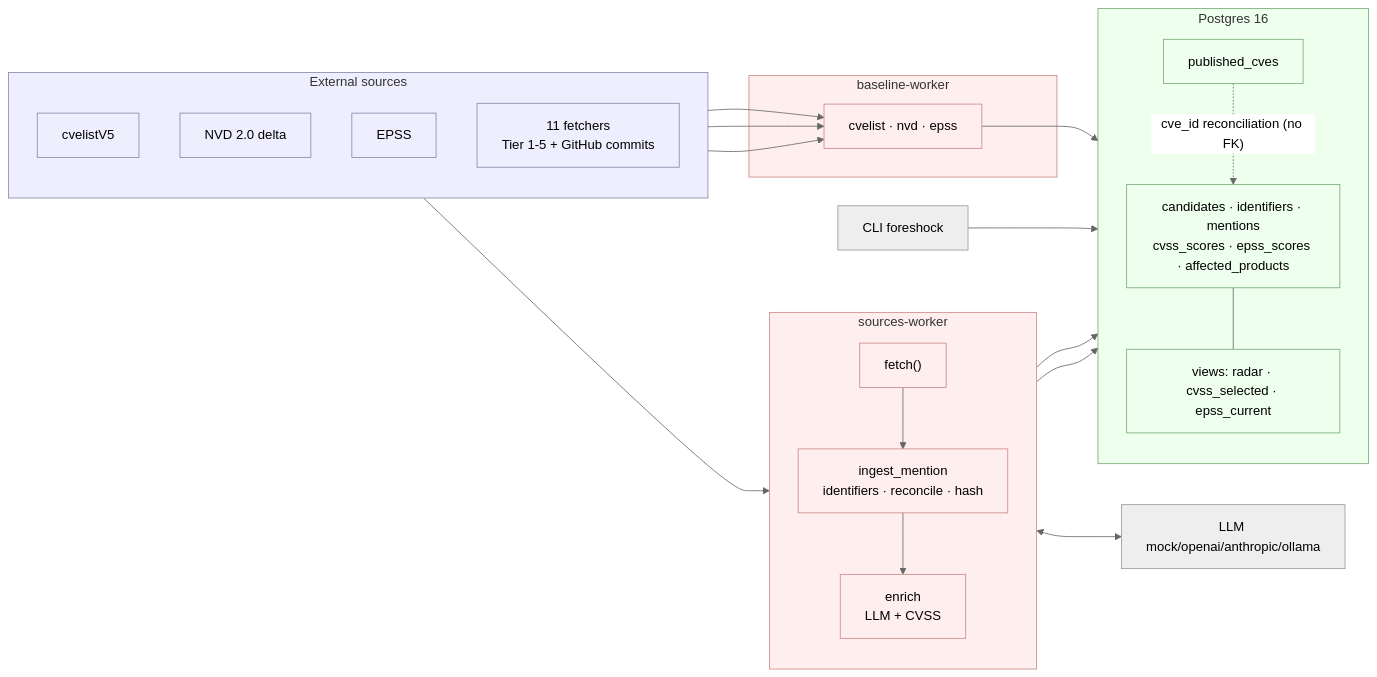
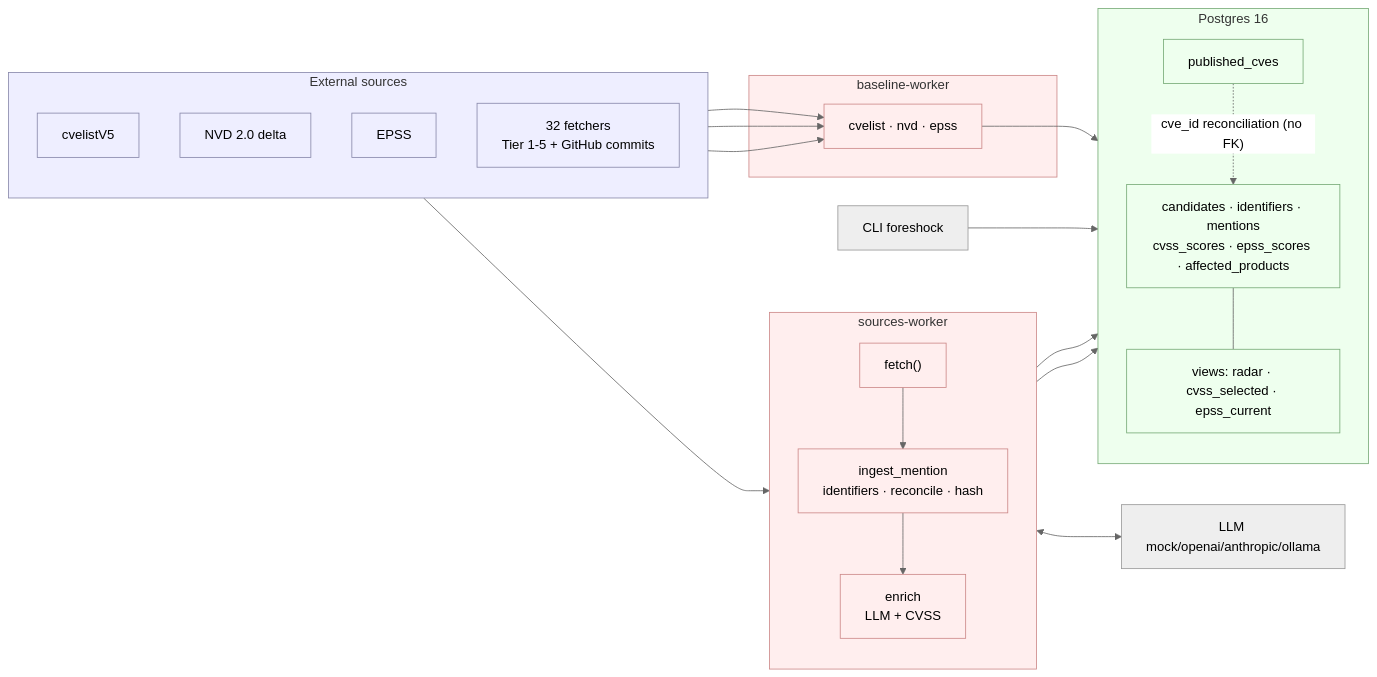
One commit to aramosf/foreshock changed the diagram in README.md. Above: the diagram before and after it, drawn with Mermaid (neutral theme). The commit also changed other lines of this file and 17 other files, not shown here.

First line of the commit message:
docs: revisión completa doc-vs-código + diagrama conceptual de proceso

````diff
--- a/README.md
+++ b/README.md
@@ -52,43 +52,43 @@
 ```mermaid
 flowchart LR
     subgraph EXT["External sources"]
         direction TB
         CVELIST["cvelistV5"]
         NVD["NVD 2.0 delta"]
         EPSSAPI["EPSS"]
-        SRC["11 fetchers<br/>Tier 1-5 + GitHub commits"]
+        SRC["32 fetchers<br/>Tier 1-5 + GitHub commits"]
     end
     subgraph BW["baseline-worker"]
         JOBS["cvelist · nvd · epss"]
     end
     subgraph SW["sources-worker"]
         direction TB
         FETCH["fetch()"] --> INGEST["ingest_mention<br/>identifiers · reconcile · hash"] --> ENRICH["enrich<br/>LLM + CVSS"]
     end
     LLM["LLM mock/openai/anthropic/ollama"]
     subgraph PG["Postgres 16"]
         direction TB
         PUB["published_cves"]
         DATA["candidates · identifiers · mentions<br/>cvss_scores · epss_scores · affected_products"]
         VIEW["views: radar · cvss_selected · epss_current"]
     end
     CLI["CLI foreshock"]
     CVELIST --> JOBS
     NVD --> JOBS
     EPSSAPI --> JOBS
     SRC --> FETCH
     JOBS --> PUB
     INGEST --> DATA
     ENRICH --> DATA
     ENRICH <--> LLM
     PUB -. "cve_id reconciliation (no FK)" .-> DATA
     DATA --- VIEW
     CLI --> PG
 
     classDef ext fill:#eef,stroke:#88a;
     classDef store fill:#efe,stroke:#7a7;
     classDef proc fill:#fee,stroke:#c88;
     class EXT,CVELIST,NVD,EPSSAPI,SRC ext;
     class PG,PUB,DATA,VIEW store;
     class BW,SW,JOBS,FETCH,INGEST,ENRICH proc;
 ```
````
